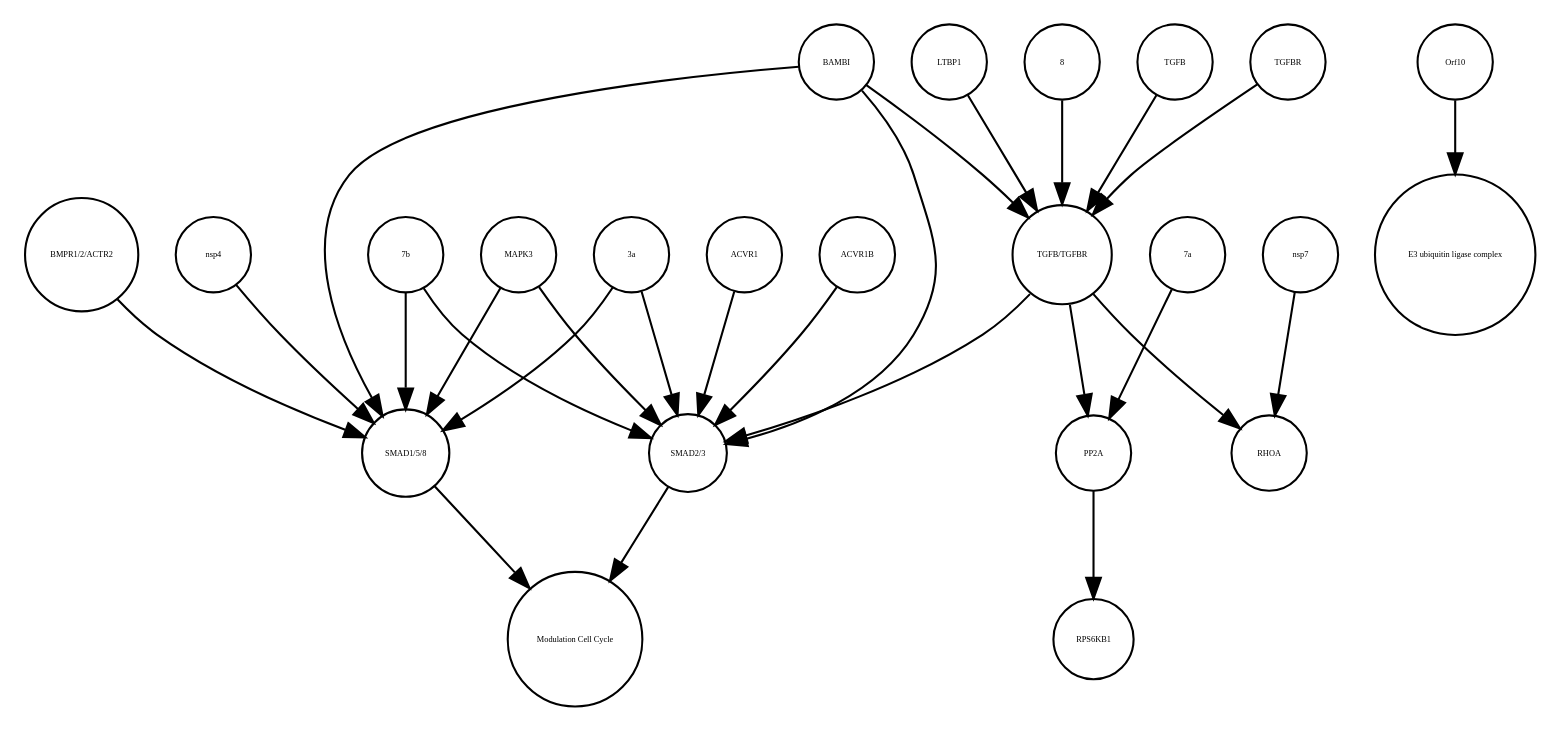
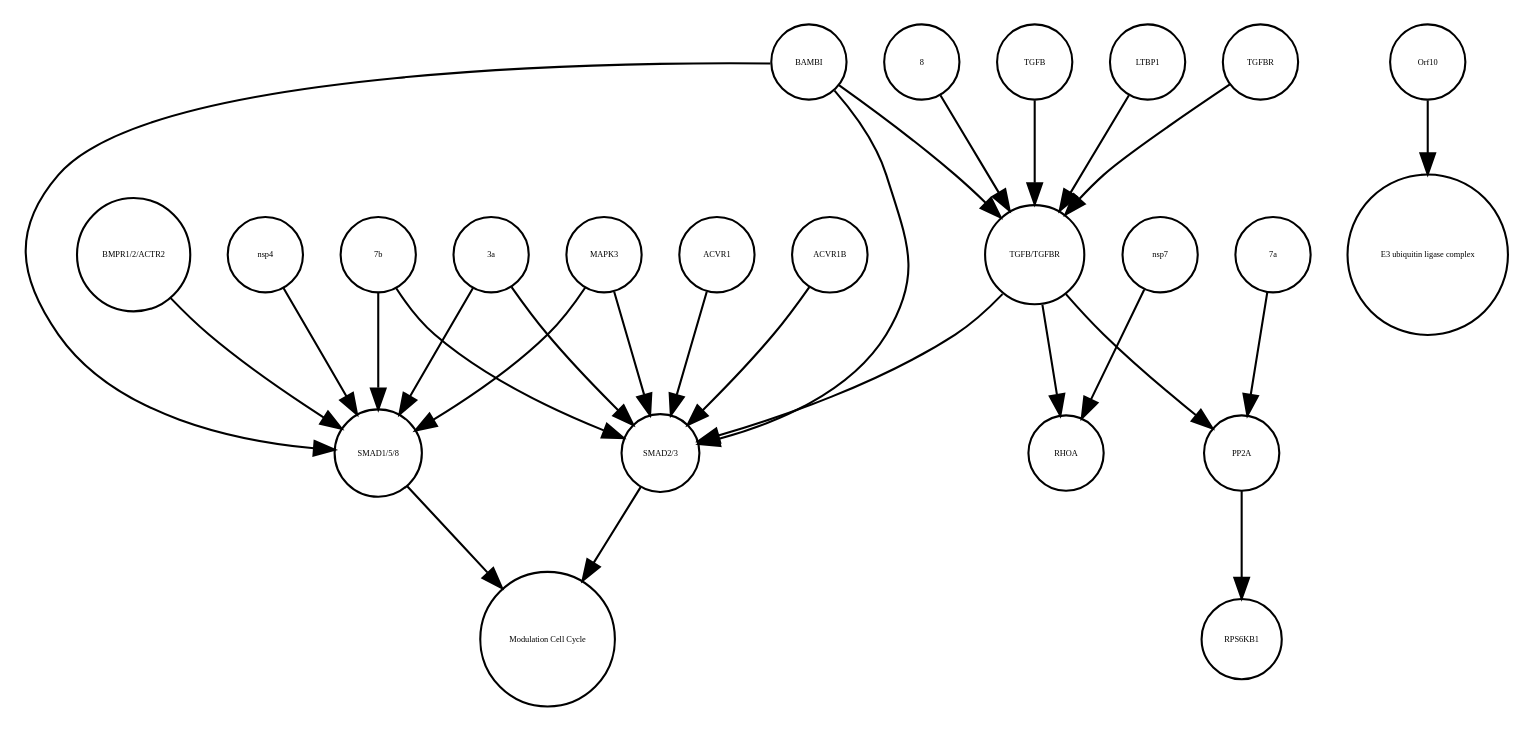
The diagram in TGFB_pathway_stable.xml_projected.dot (cannin/covid19-sbgn), drawn with Graphviz before and after one commit. The commit also changed other lines of this file and 580 other files, not shown here.

```diff
--- a/TGFB_pathway_stable.xml_projected.dot
+++ b/TGFB_pathway_stable.xml_projected.dot
@@ -1,51 +1,51 @@
 strict digraph  {
 "SMAD1/5/8" [annotation="", bipartite=0, cls=complex, fontsize=4, label="SMAD1/5/8", shape=circle];
 "Modulation Cell Cycle" [annotation="", bipartite=0, cls=phenotype, fontsize=4, label="Modulation Cell Cycle", shape=circle];
 "SMAD2/3" [annotation="", bipartite=0, cls=complex, fontsize=4, label="SMAD2/3", shape=circle];
-8 [annotation="", bipartite=0, cls=macromolecule, fontsize=4, label=8, shape=circle];
+TGFB [annotation="", bipartite=0, cls=macromolecule, fontsize=4, label=TGFB, shape=circle];
+LTBP1 [annotation="", bipartite=0, cls=macromolecule, fontsize=4, label=LTBP1, shape=circle];
+ACVR1 [annotation="", bipartite=0, cls=macromolecule, fontsize=4, label=ACVR1, shape=circle];
+Orf10 [annotation=urn_miriam_ncbiprotein_BCD58762, bipartite=0, cls=macromolecule, fontsize=4, label=Orf10, shape=circle];
+nsp7 [annotation="", bipartite=0, cls=macromolecule, fontsize=4, label=nsp7, shape=circle];
 "E3 ubiquitin ligase complex" [annotation="", bipartite=0, cls=complex, fontsize=4, label="E3 ubiquitin ligase complex", shape=circle];
-TGFB [annotation="", bipartite=0, cls=macromolecule, fontsize=4, label=TGFB, shape=circle];
-"BMPR1/2/ACTR2" [annotation="", bipartite=0, cls=complex, fontsize=4, label="BMPR1/2/ACTR2", shape=circle];
+ACVR1B [annotation="", bipartite=0, cls=macromolecule, fontsize=4, label=ACVR1B, shape=circle];
+RHOA [annotation="", bipartite=0, cls=macromolecule, fontsize=4, label=RHOA, shape=circle];
 RPS6KB1 [annotation="", bipartite=0, cls=macromolecule, fontsize=4, label=RPS6KB1, shape=circle];
+"7b" [annotation="", bipartite=0, cls=macromolecule, fontsize=4, label="7b", shape=circle];
 TGFBR [annotation="", bipartite=0, cls=complex, fontsize=4, label=TGFBR, shape=circle];
-ACVR1 [annotation="", bipartite=0, cls=macromolecule, fontsize=4, label=ACVR1, shape=circle];
-"7b" [annotation="", bipartite=0, cls=macromolecule, fontsize=4, label="7b", shape=circle];
-LTBP1 [annotation="", bipartite=0, cls=macromolecule, fontsize=4, label=LTBP1, shape=circle];
-MAPK3 [annotation="", bipartite=0, cls=macromolecule, fontsize=4, label=MAPK3, shape=circle];
-nsp4 [annotation="", bipartite=0, cls=macromolecule, fontsize=4, label=nsp4, shape=circle];
-Orf10 [annotation=urn_miriam_ncbiprotein_BCD58762, bipartite=0, cls=macromolecule, fontsize=4, label=Orf10, shape=circle];
-PP2A [annotation="", bipartite=0, cls=complex, fontsize=4, label=PP2A, shape=circle];
-"TGFB/TGFBR" [annotation="", bipartite=0, cls=complex, fontsize=4, label="TGFB/TGFBR", shape=circle];
-nsp7 [annotation="", bipartite=0, cls=macromolecule, fontsize=4, label=nsp7, shape=circle];
 "3a" [annotation="", bipartite=0, cls=macromolecule, fontsize=4, label="3a", shape=circle];
-ACVR1B [annotation="", bipartite=0, cls=macromolecule, fontsize=4, label=ACVR1B, shape=circle];
 BAMBI [annotation="", bipartite=0, cls=macromolecule, fontsize=4, label=BAMBI, shape=circle];
 "7a" [annotation="", bipartite=0, cls=macromolecule, fontsize=4, label="7a", shape=circle];
-RHOA [annotation="", bipartite=0, cls=macromolecule, fontsize=4, label=RHOA, shape=circle];
+"TGFB/TGFBR" [annotation="", bipartite=0, cls=complex, fontsize=4, label="TGFB/TGFBR", shape=circle];
+"BMPR1/2/ACTR2" [annotation="", bipartite=0, cls=complex, fontsize=4, label="BMPR1/2/ACTR2", shape=circle];
+MAPK3 [annotation="", bipartite=0, cls=macromolecule, fontsize=4, label=MAPK3, shape=circle];
+PP2A [annotation="", bipartite=0, cls=complex, fontsize=4, label=PP2A, shape=circle];
+8 [annotation="", bipartite=0, cls=macromolecule, fontsize=4, label=8, shape=circle];
+nsp4 [annotation="", bipartite=0, cls=macromolecule, fontsize=4, label=nsp4, shape=circle];
 "SMAD1/5/8" -> "Modulation Cell Cycle"  [annotation="", interaction_type=stimulation];
 "SMAD2/3" -> "Modulation Cell Cycle"  [annotation="", interaction_type=stimulation];
-8 -> "TGFB/TGFBR"  [annotation="urn_miriam_doi_10.1101%2F2020.06.17.156455", interaction_type=stimulation];
 TGFB -> "TGFB/TGFBR"  [annotation="", interaction_type=production];
-"BMPR1/2/ACTR2" -> "SMAD1/5/8"  [annotation="urn_miriam_doi_10.1101%2F2020.06.17.156455", interaction_type=catalysis];
+LTBP1 -> "TGFB/TGFBR"  [annotation="urn_miriam_doi_10.1101%2F2020.06.17.156455", interaction_type=inhibition];
+ACVR1 -> "SMAD2/3"  [annotation="urn_miriam_doi_10.1101%2F2020.06.17.156455", interaction_type=catalysis];
+Orf10 -> "E3 ubiquitin ligase complex"  [annotation="", interaction_type=production];
+nsp7 -> RHOA  [annotation="urn_miriam_doi_10.1101%2F2020.06.17.156455", interaction_type=stimulation];
+ACVR1B -> "SMAD2/3"  [annotation="urn_miriam_doi_10.1101%2F2020.06.17.156455", interaction_type=catalysis];
+"7b" -> "SMAD1/5/8"  [annotation="urn_miriam_doi_10.1101%2F2020.06.17.156455", interaction_type=stimulation];
+"7b" -> "SMAD2/3"  [annotation="urn_miriam_doi_10.1101%2F2020.06.17.156455", interaction_type=stimulation];
 TGFBR -> "TGFB/TGFBR"  [annotation="", interaction_type=production];
-ACVR1 -> "SMAD2/3"  [annotation="urn_miriam_doi_10.1101%2F2020.06.17.156455", interaction_type=catalysis];
-"7b" -> "SMAD2/3"  [annotation="urn_miriam_doi_10.1101%2F2020.06.17.156455", interaction_type=stimulation];
-"7b" -> "SMAD1/5/8"  [annotation="urn_miriam_doi_10.1101%2F2020.06.17.156455", interaction_type=stimulation];
-LTBP1 -> "TGFB/TGFBR"  [annotation="urn_miriam_doi_10.1101%2F2020.06.17.156455", interaction_type=inhibition];
-MAPK3 -> "SMAD2/3"  [annotation="urn_miriam_doi_10.1101%2F2020.06.17.156455", interaction_type=inhibition];
-MAPK3 -> "SMAD1/5/8"  [annotation="urn_miriam_doi_10.1101%2F2020.06.17.156455", interaction_type=inhibition];
-nsp4 -> "SMAD1/5/8"  [annotation="urn_miriam_doi_10.1101%2F2020.06.17.156455", interaction_type=stimulation];
-Orf10 -> "E3 ubiquitin ligase complex"  [annotation="", interaction_type=production];
-PP2A -> RPS6KB1  [annotation="", interaction_type=catalysis];
+"3a" -> "SMAD1/5/8"  [annotation="urn_miriam_doi_10.1101%2F2020.06.17.156455", interaction_type=stimulation];
+"3a" -> "SMAD2/3"  [annotation="urn_miriam_doi_10.1101%2F2020.06.17.156455", interaction_type=stimulation];
+BAMBI -> "TGFB/TGFBR"  [annotation="urn_miriam_doi_10.1101%2F2020.06.17.156455", interaction_type=inhibition];
+BAMBI -> "SMAD1/5/8"  [annotation="urn_miriam_doi_10.1101%2F2020.06.17.156455", interaction_type=inhibition];
+BAMBI -> "SMAD2/3"  [annotation="urn_miriam_doi_10.1101%2F2020.06.17.156455", interaction_type=inhibition];
+"7a" -> PP2A  [annotation="urn_miriam_doi_10.1101%2F2020.03.31.019216", interaction_type=stimulation];
 "TGFB/TGFBR" -> "SMAD2/3"  [annotation="urn_miriam_doi_10.1101%2F2020.06.17.156455", interaction_type=stimulation];
 "TGFB/TGFBR" -> PP2A  [annotation="urn_miriam_doi_10.1101%2F2020.03.31.019216", interaction_type=stimulation];
 "TGFB/TGFBR" -> RHOA  [annotation="urn_miriam_doi_10.1101%2F2020.06.17.156455", interaction_type=stimulation];
-nsp7 -> RHOA  [annotation="urn_miriam_doi_10.1101%2F2020.06.17.156455", interaction_type=stimulation];
-"3a" -> "SMAD2/3"  [annotation="urn_miriam_doi_10.1101%2F2020.06.17.156455", interaction_type=stimulation];
-"3a" -> "SMAD1/5/8"  [annotation="urn_miriam_doi_10.1101%2F2020.06.17.156455", interaction_type=stimulation];
-ACVR1B -> "SMAD2/3"  [annotation="urn_miriam_doi_10.1101%2F2020.06.17.156455", interaction_type=catalysis];
-BAMBI -> "SMAD2/3"  [annotation="urn_miriam_doi_10.1101%2F2020.06.17.156455", interaction_type=inhibition];
-BAMBI -> "TGFB/TGFBR"  [annotation="urn_miriam_doi_10.1101%2F2020.06.17.156455", interaction_type=inhibition];
-BAMBI -> "SMAD1/5/8"  [annotation="urn_miriam_doi_10.1101%2F2020.06.17.156455", interaction_type=inhibition];
-"7a" -> PP2A  [annotation="urn_miriam_doi_10.1101%2F2020.03.31.019216", interaction_type=stimulation];
+"BMPR1/2/ACTR2" -> "SMAD1/5/8"  [annotation="urn_miriam_doi_10.1101%2F2020.06.17.156455", interaction_type=catalysis];
+MAPK3 -> "SMAD1/5/8"  [annotation="urn_miriam_doi_10.1101%2F2020.06.17.156455", interaction_type=inhibition];
+MAPK3 -> "SMAD2/3"  [annotation="urn_miriam_doi_10.1101%2F2020.06.17.156455", interaction_type=inhibition];
+PP2A -> RPS6KB1  [annotation="", interaction_type=catalysis];
+8 -> "TGFB/TGFBR"  [annotation="urn_miriam_doi_10.1101%2F2020.06.17.156455", interaction_type=stimulation];
+nsp4 -> "SMAD1/5/8"  [annotation="urn_miriam_doi_10.1101%2F2020.06.17.156455", interaction_type=stimulation];
 }
```
